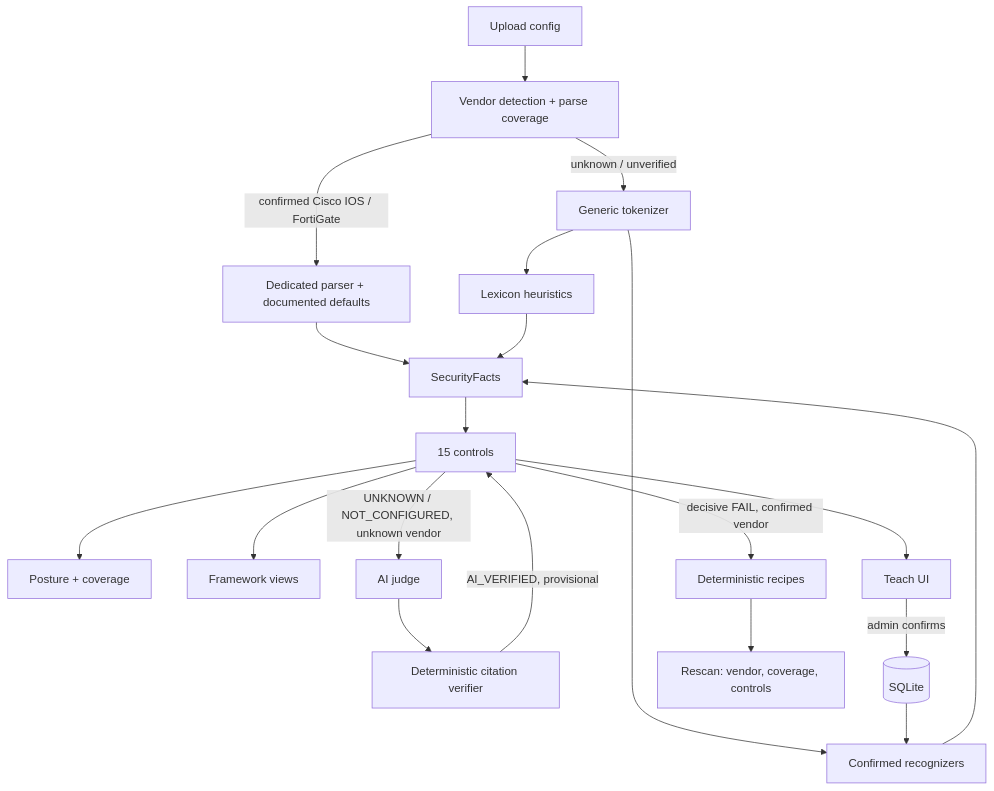
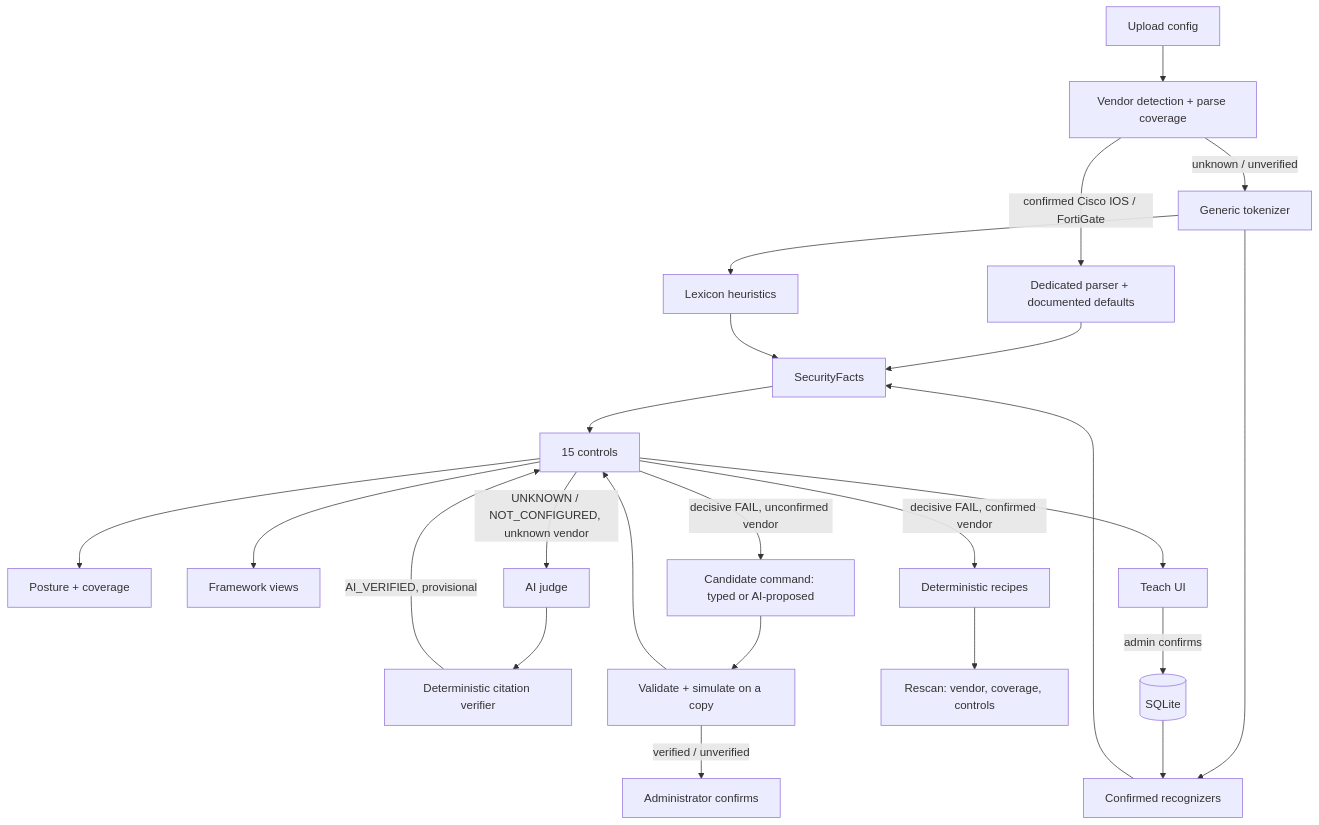
One commit to astrilo-monk/sih-26155 changed the diagram in docs/architecture.md. Above: the diagram before and after it, drawn with Mermaid. The commit also changed other lines of this file and 20 other files, not shown here.

````diff
--- a/docs/architecture.md
+++ b/docs/architecture.md
@@ -44,22 +54,26 @@
 ```mermaid
 flowchart TD
     Upload[Upload config] --> Detect[Vendor detection + parse coverage]
     Detect -->|confirmed Cisco IOS / FortiGate| Parser[Dedicated parser + documented defaults]
     Detect -->|unknown / unverified| Tokenizer[Generic tokenizer]
     Tokenizer --> Recognizers[Confirmed recognizers]
     Tokenizer --> Heuristics[Lexicon heuristics]
     Parser --> Facts[SecurityFacts]
     Recognizers --> Facts
     Heuristics --> Facts
     Facts --> Controls[15 controls]
     Controls --> Score[Posture + coverage]
     Controls --> Frameworks[Framework views]
     Controls -->|UNKNOWN / NOT_CONFIGURED, unknown vendor| Judge[AI judge]
     Judge --> Verify[Deterministic citation verifier]
     Verify -->|AI_VERIFIED, provisional| Controls
     Controls --> Review[Teach UI]
     Review -->|admin confirms| DB[(SQLite)]
     DB --> Recognizers
     Controls -->|decisive FAIL, confirmed vendor| Remediation[Deterministic recipes]
     Remediation --> Rescan[Rescan: vendor, coverage, controls]
+    Controls -->|decisive FAIL, unconfirmed vendor| Candidate[Candidate command: typed or AI-proposed]
+    Candidate --> Simulate[Validate + simulate on a copy]
+    Simulate --> Controls
+    Simulate -->|verified / unverified| Confirm[Administrator confirms]
 ```
````
